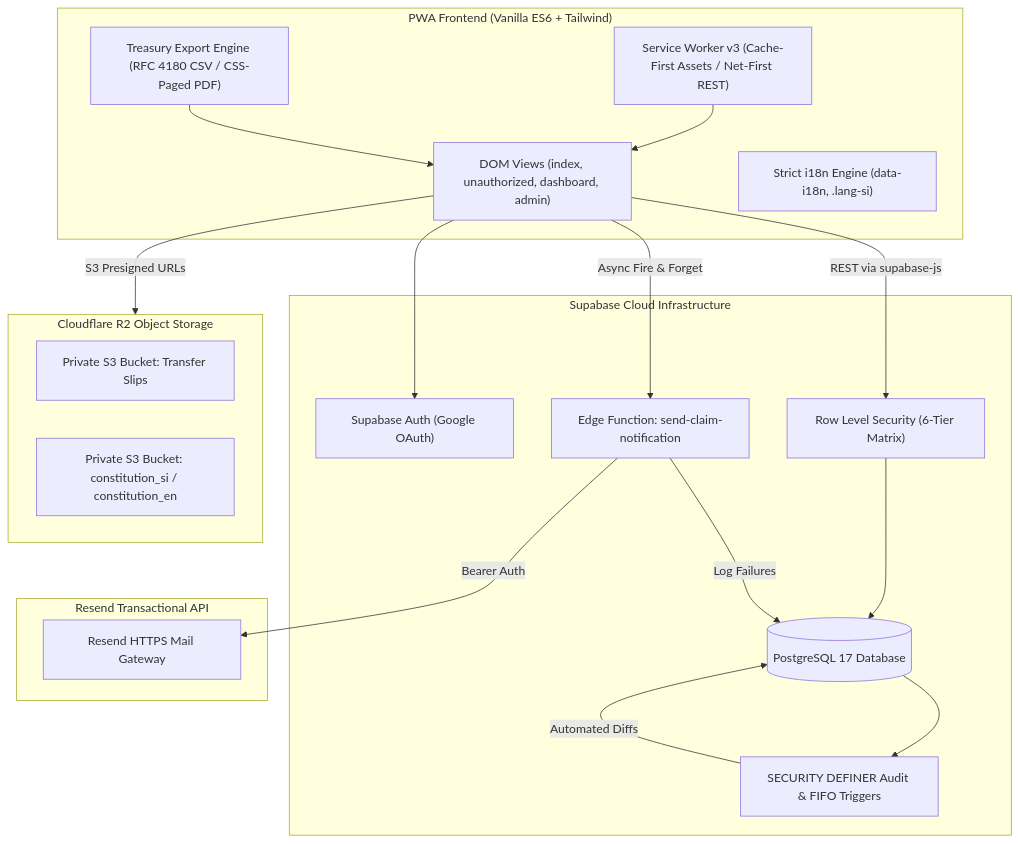
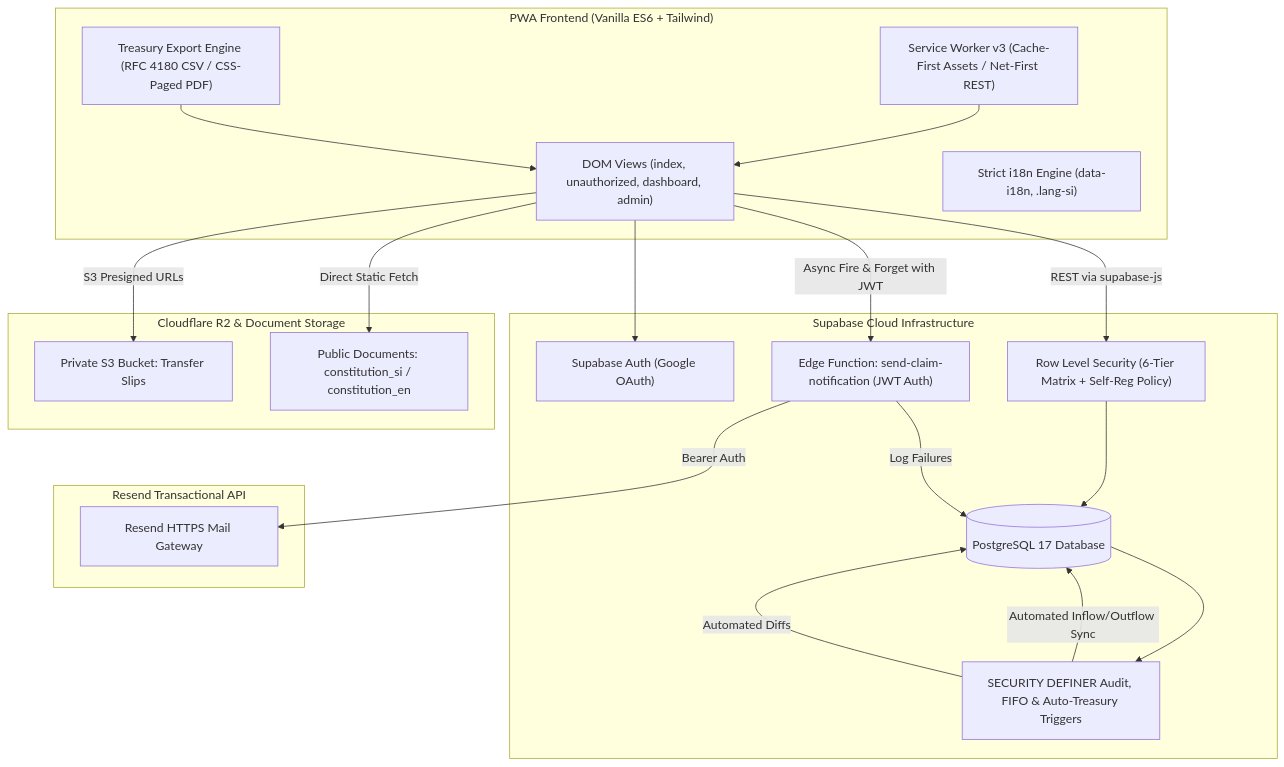
Before and after one commit to kiyamaninfo-alt/MRIA-Management-Welfare-Society: the first of 2 diagrams in docs/designs/mria_management_welfare_association_pwa.md, drawn with Mermaid. The commit also changed other lines of this file and 6 other files, not shown here.

````diff
--- a/docs/designs/mria_management_welfare_association_pwa.md
+++ b/docs/designs/mria_management_welfare_association_pwa.md
@@ -116,38 +121,40 @@
 ```mermaid
 flowchart TD
     subgraph Client["PWA Frontend (Vanilla ES6 + Tailwind)"]
         UI["DOM Views (index, unauthorized, dashboard, admin)"]
         I18N["Strict i18n Engine (data-i18n, .lang-si)"]
         SW["Service Worker v3 (Cache-First Assets / Net-First REST)"]
         Export["Treasury Export Engine (RFC 4180 CSV / CSS-Paged PDF)"]
     end
 
     subgraph Supabase["Supabase Cloud Infrastructure"]
         Auth["Supabase Auth (Google OAuth)"]
         Postgres[("PostgreSQL 17 Database")]
-        RLS["Row Level Security (6-Tier Matrix)"]
-        Triggers["SECURITY DEFINER Audit & FIFO Triggers"]
-        EdgeFn["Edge Function: send-claim-notification"]
+        RLS["Row Level Security (6-Tier Matrix + Self-Reg Policy)"]
+        Triggers["SECURITY DEFINER Audit, FIFO & Auto-Treasury Triggers"]
+        EdgeFn["Edge Function: send-claim-notification (JWT Auth)"]
     end
 
-    subgraph Storage["Cloudflare R2 Object Storage"]
+    subgraph Storage["Cloudflare R2 & Document Storage"]
         Slips["Private S3 Bucket: Transfer Slips"]
-        CMSFiles["Private S3 Bucket: constitution_si / constitution_en"]
+        StaticDocs["Public Documents: constitution_si / constitution_en"]
     end
 
     subgraph EmailService["Resend Transactional API"]
         Resend["Resend HTTPS Mail Gateway"]
     end
 
     UI --> Auth
     UI -->|REST via supabase-js| RLS
     RLS --> Postgres
     Postgres --> Triggers
+    Triggers -->|Automated Inflow/Outflow Sync| Postgres
     Triggers -->|Automated Diffs| Postgres
-    UI -->|Async Fire & Forget| EdgeFn
+    UI -->|Async Fire & Forget with JWT| EdgeFn
     EdgeFn -->|Bearer Auth| Resend
     EdgeFn -->|Log Failures| Postgres
-    UI -->|S3 Presigned URLs| Storage
+    UI -->|S3 Presigned URLs| Slips
+    UI -->|Direct Static Fetch| StaticDocs
     SW --> UI
     Export --> UI
 ```
````
